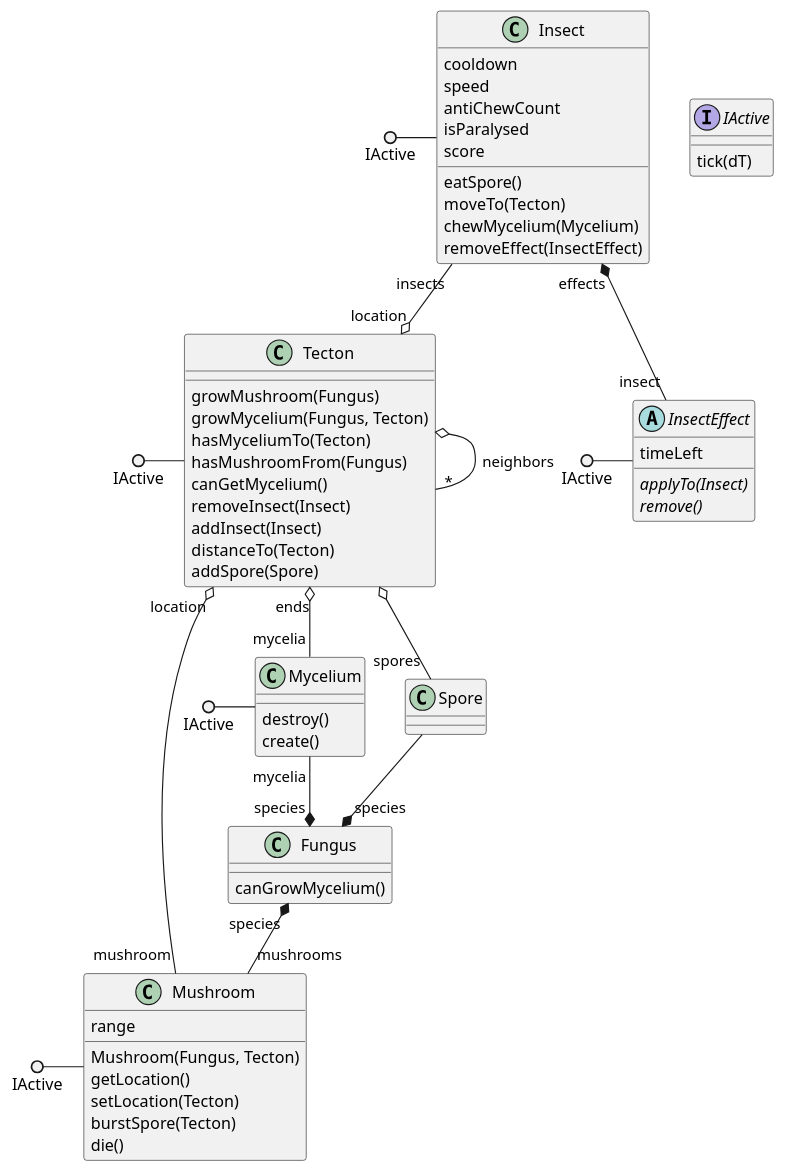
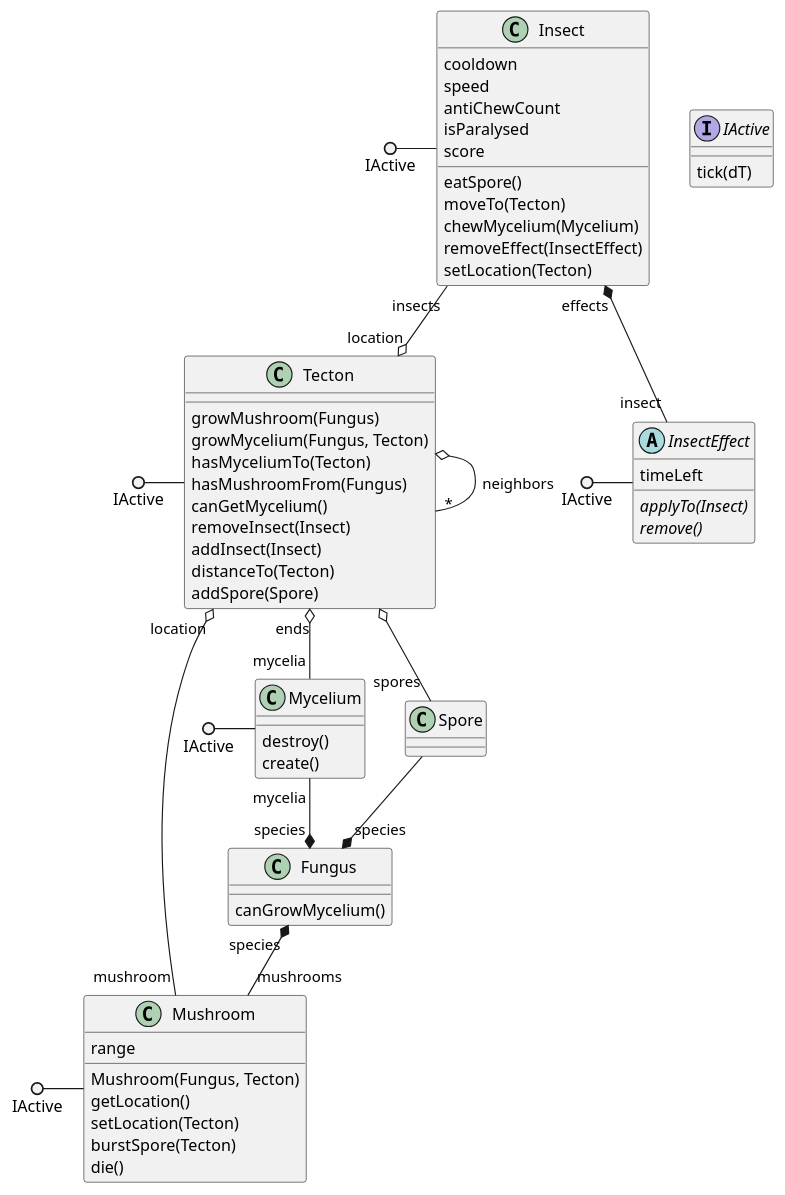
The diagram in classes.pu (ZD4ve/projlab-error521), drawn with PlantUML before and after one commit. The commit also changed 1 other file, not shown here.

```diff
--- a/classes.pu
+++ b/classes.pu
@@ -1,69 +1,73 @@
 @startuml classes
 interface IActive {
     tick(dT)
 }
 class Tecton {
     growMushroom(Fungus)
     growMycelium(Fungus, Tecton)
     hasMyceliumTo(Tecton)
     hasMushroomFrom(Fungus)
     canGetMycelium()
     removeInsect(Insect)
     addInsect(Insect)
     distanceTo(Tecton)
     addSpore(Spore)
 }
 class Fungus {
     canGrowMycelium()
 }
 class Mycelium {
     destroy()
     create()
 }
 class Mushroom {
     range
     Mushroom(Fungus, Tecton)
     getLocation()
     setLocation(Tecton)
     burstSpore(Tecton)
     die()
 }
 class Spore
+
+'Panni: ide nem írom ki a getter-settereket, elegek szntem az attribútumok
+' +ha van removeEffect() akkor applyEffect() nincs? vagy azt a setIsParalysed() és a hasonlóak helyettesítik?
 class Insect {
     cooldown
     speed
     antiChewCount
     isParalysed
     score
     eatSpore()
     moveTo(Tecton)
     chewMycelium(Mycelium)
     removeEffect(InsectEffect)
+    setLocation(Tecton)
 }
 abstract InsectEffect {
     timeLeft
     {abstract} applyTo(Insect)
     {abstract} remove()
 }
 
 IActive ()- Tecton
 IActive ()- Mushroom
 IActive ()- Mycelium
 IActive ()- Insect
 IActive ()- InsectEffect
 
 Tecton o-- "*" Tecton : neighbors
 Tecton "ends" o-- "mycelia" Mycelium
 Tecton o-- "spores" Spore
 Tecton "location" o-- "mushroom" Mushroom
 
 Mycelium "mycelia" --* "species" Fungus
 
 Insect "effects" *-- "insect" InsectEffect
 Insect "insects" --o "location" Tecton
 
 Fungus "species" *-- "mushrooms" Mushroom
 
 Spore --* "species" Fungus
 
 @enduml
```
